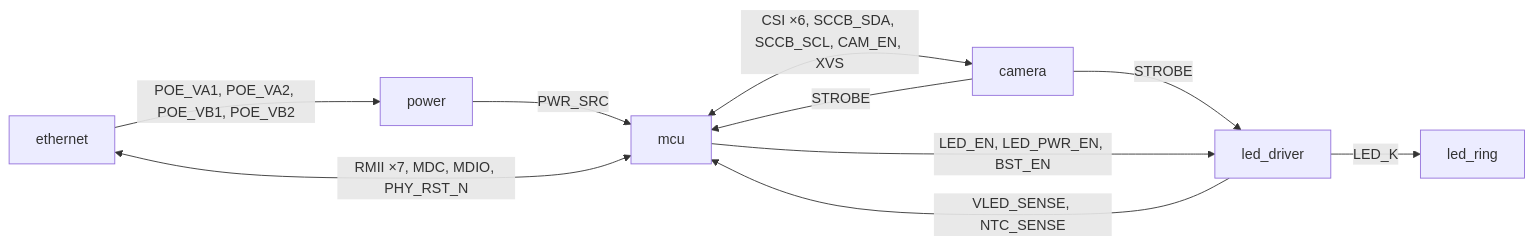
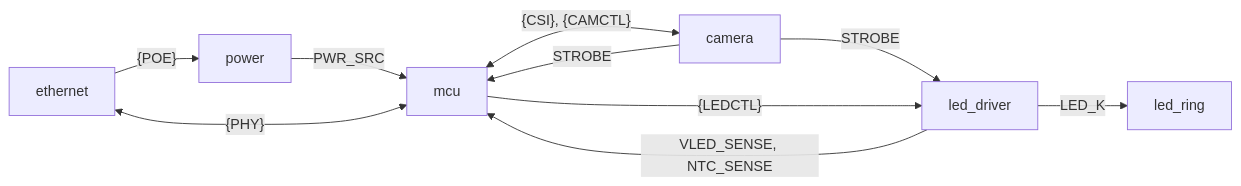
Before and after one commit to azais-corentin/espion: the diagram in hardware/espion-cam/SCHEMATIC.md, drawn with Mermaid. The commit also changed other lines of this file, not shown here.

First line of the commit message:
docs(espion-cam): Documented the espion-cam buses and fixed the CAM_IO1 note

````diff
--- a/hardware/espion-cam/SCHEMATIC.md
+++ b/hardware/espion-cam/SCHEMATIC.md
@@ -46,12 +46,12 @@
 ```mermaid
 flowchart LR
-  ETH[ethernet] -->|"POE_VA1, POE_VA2, POE_VB1, POE_VB2"| PWR[power]
+  ETH[ethernet] -->|"{POE}"| PWR[power]
   PWR -->|PWR_SRC| MCU[mcu]
-  ETH <-->|"RMII ×7, MDC, MDIO, PHY_RST_N"| MCU
-  MCU <-->|"CSI ×6, SCCB_SDA, SCCB_SCL, CAM_EN, XVS"| CAM[camera]
+  ETH <-->|"{PHY}"| MCU
+  MCU <-->|"{CSI}, {CAMCTL}"| CAM[camera]
   CAM -->|STROBE| MCU
   CAM -->|STROBE| LED[led_driver]
-  MCU -->|"LED_EN, LED_PWR_EN, BST_EN"| LED
+  MCU -->|"{LEDCTL}"| LED
   LED -->|"VLED_SENSE, NTC_SENSE"| MCU
   LED -->|LED_K| RING[led_ring]
 ```
````
